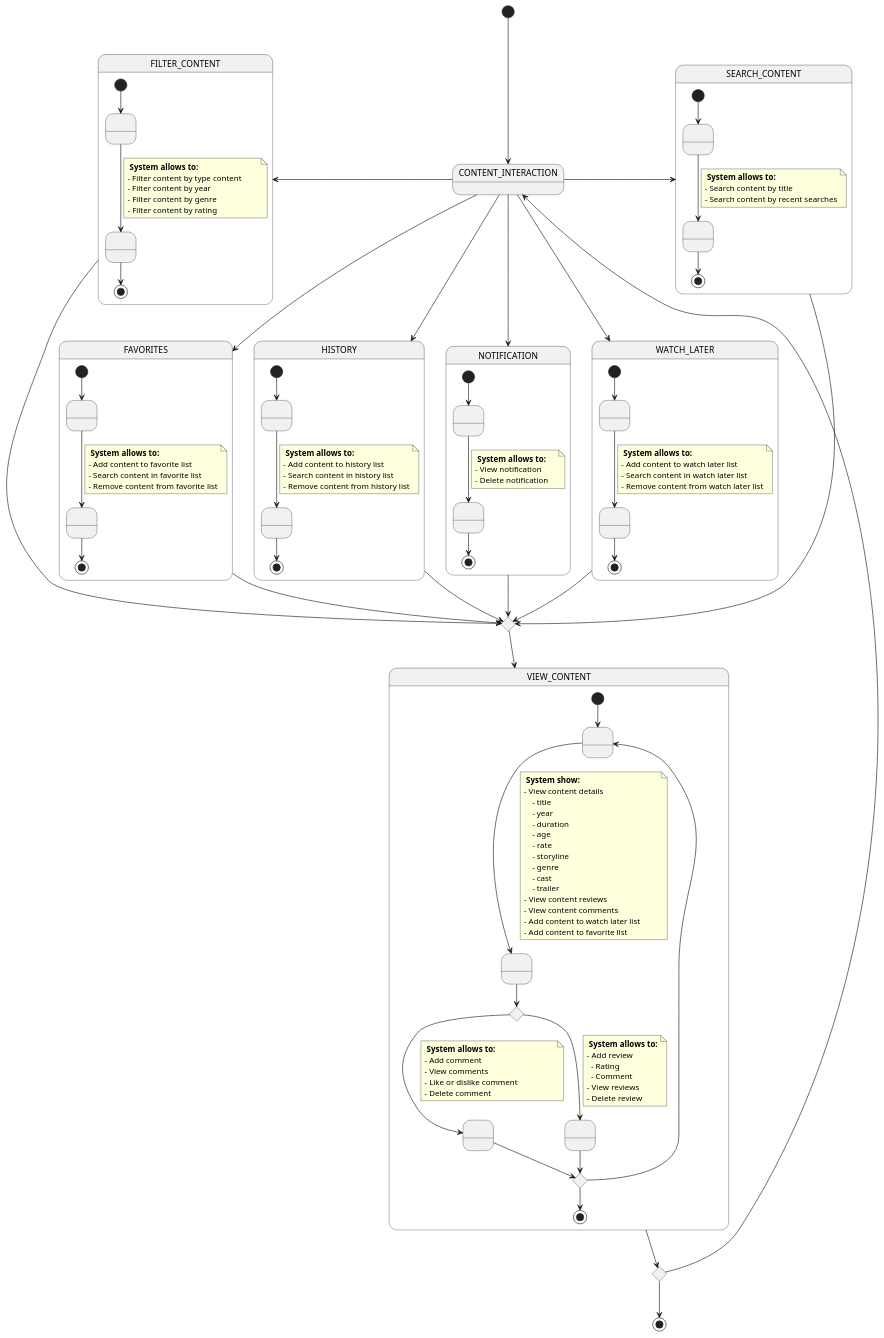
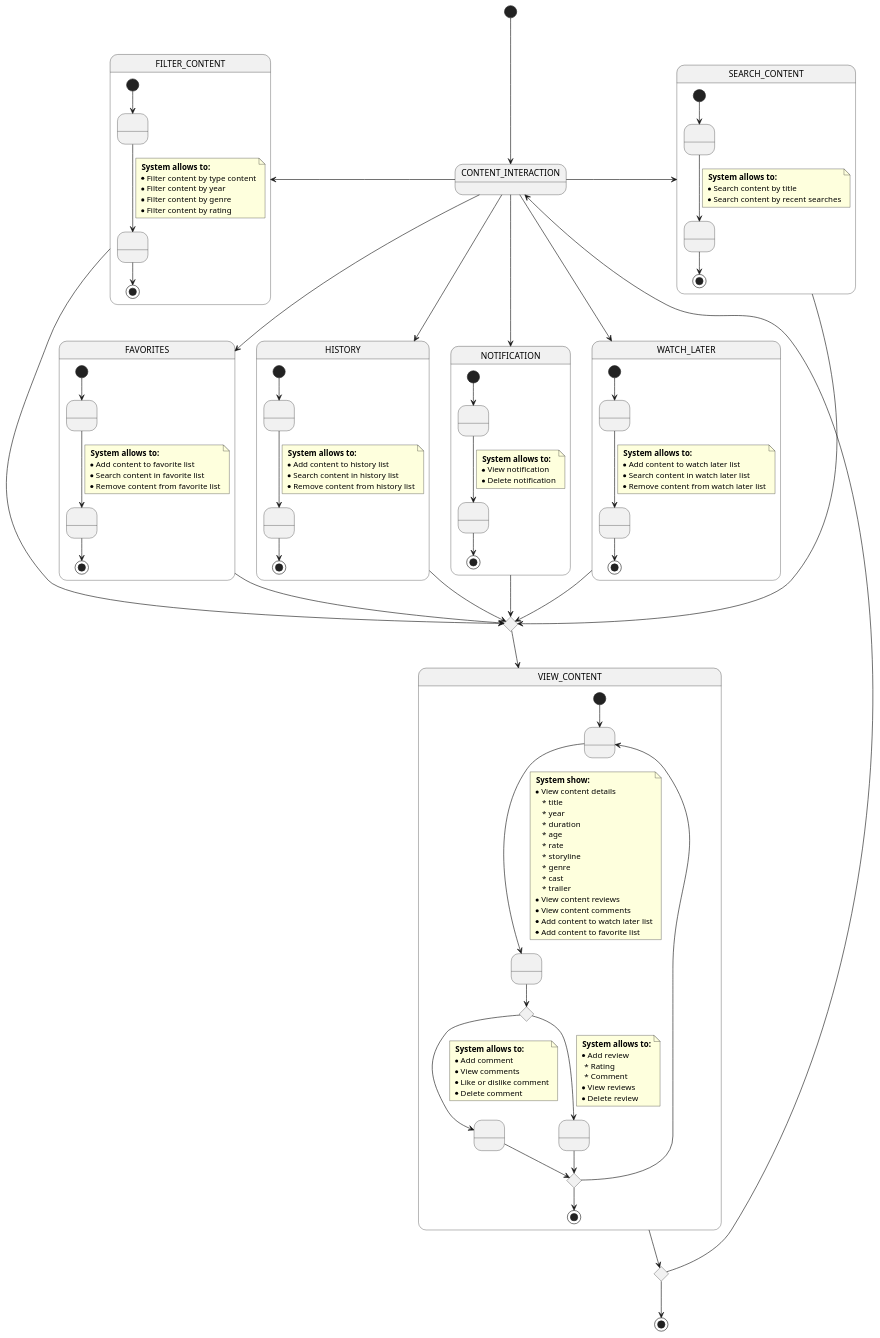
Before and after one commit to vfred0/requeriments-flixxic: the diagram in docs/1-requeriments/2-use-cases-specifications/user/content-interaction.puml, drawn with PlantUML. The commit also changed 7 other files, not shown here.

```diff
--- a/docs/1-requeriments/2-use-cases-specifications/user/content-interaction.puml
+++ b/docs/1-requeriments/2-use-cases-specifications/user/content-interaction.puml
@@ -1,172 +1,172 @@
 @startuml content-interaction
 [*] --> CONTENT_INTERACTION
 
 state FILTER_CONTENT {
     state R1 as " "    
     state R2 as " "
     [*] --> R1
     R1 --> R2    
     note on link
         <b> System allows to:</b>
-        - Filter content by type content
-        - Filter content by year
-        - Filter content by genre
-        - Filter content by rating                    
+        * Filter content by type content
+        * Filter content by year
+        * Filter content by genre
+        * Filter content by rating                    
     end note
     R2 --> [*]
 }
 
 state SEARCH_CONTENT {
     state S1 as " "    
     state S2 as " "
     [*] --> S1
     S1 --> S2    
     note on link
         <b> System allows to:</b>
-        - Search content by title 
-        - Search content by recent searches
+        * Search content by title 
+        * Search content by recent searches
     end note
     S2 --> [*]
 }
 
 state VIEW_CONTENT {
     state V1 as " "    
     state V2 as " "
     state V3 as " "
     state V4 as " "
     state commentOrReview as " " <<choice>>
     [*] --> V1
     V1 --> V2 
            
     note on link
         <b> System show:</b>
-        - View content details
-            - title
-            - year 
-            - duration
-            - age
-            - rate
-            - storyline
-            - genre
-            - cast
-            - trailer                        
-        - View content reviews        
-        - View content comments 
-        - Add content to watch later list
-        - Add content to favorite list               
+        * View content details
+            * title
+            * year 
+            * duration
+            * age
+            * rate
+            * storyline
+            * genre
+            * cast
+            * trailer                        
+        * View content reviews        
+        * View content comments 
+        * Add content to watch later list
+        * Add content to favorite list               
     end note
 
     V2 --> commentOrReview
     commentOrReview --> V3
     note on link
         <b> System allows to:</b>
-        - Add comment
-        - View comments
-        - Like or dislike comment
-        - Delete comment                               
+        * Add comment
+        * View comments
+        * Like or dislike comment
+        * Delete comment                               
     end note
 
     commentOrReview --> V4
     note on link
         <b> System allows to:</b>
-        - Add review   
-          - Rating
-          - Comment 
-        - View reviews
-        - Delete review
+        * Add review   
+          * Rating
+          * Comment 
+        * View reviews
+        * Delete review
     end note
 
     state unionCommentOrReview <<choice>>
     V3 --> unionCommentOrReview
     V4 --> unionCommentOrReview
     unionCommentOrReview --> V1
     unionCommentOrReview --> [*]
 }
 
 state WATCH_LATER {
     state W1 as " "    
     state W2 as " "
     [*] --> W1
     W1 --> W2    
     note on link
         <b> System allows to:</b>
-        - Add content to watch later list
-        - Search content in watch later list        
-        - Remove content from watch later list
+        * Add content to watch later list
+        * Search content in watch later list        
+        * Remove content from watch later list
     end note
     W2 --> [*]
 }
 
 
 state FAVORITES {
     state F1 as " "    
     state F2 as " "
     [*] --> F1
     F1 --> F2    
     note on link
         <b> System allows to:</b>
-        - Add content to favorite list
-        - Search content in favorite list        
-        - Remove content from favorite list
+        * Add content to favorite list
+        * Search content in favorite list        
+        * Remove content from favorite list
     end note
     F2 --> [*]
     
 }
 
 state HISTORY {
     state H1 as " "    
     state H2 as " "
     [*] --> H1
     H1 --> H2    
     note on link
         <b> System allows to:</b>
-        - Add content to history list
-        - Search content in history list        
-        - Remove content from history list
+        * Add content to history list
+        * Search content in history list        
+        * Remove content from history list
     end note
     H2 --> [*]
 }
 
 state NOTIFICATION {
     state N1 as " "    
     state N2 as " "
     [*] --> N1
     N1 --> N2    
     note on link
         <b> System allows to:</b>
-        - View notification       
-        - Delete notification
+        * View notification       
+        * Delete notification
     end note
     N2 --> [*]
     ' note on link 
     '     <b> System allows to:</b>
-    '     - Redirection to comment 
+    '     * Redirection to comment 
     ' end note
 }
 
 
 CONTENT_INTERACTION -left-> FILTER_CONTENT
 CONTENT_INTERACTION -right-> SEARCH_CONTENT
 CONTENT_INTERACTION --> WATCH_LATER
 CONTENT_INTERACTION --> FAVORITES
 CONTENT_INTERACTION --> HISTORY
 CONTENT_INTERACTION --> NOTIFICATION
 
 state union <<choice>> 
 
 FILTER_CONTENT --> union
 SEARCH_CONTENT --> union
 WATCH_LATER --> union
 FAVORITES --> union
 HISTORY --> union
 NOTIFICATION --> union
 
 union --> VIEW_CONTENT
 
 state finished <<choice>>
 
 VIEW_CONTENT --> finished
 finished --> [*]
 finished --> CONTENT_INTERACTION
 
 @enduml
```
